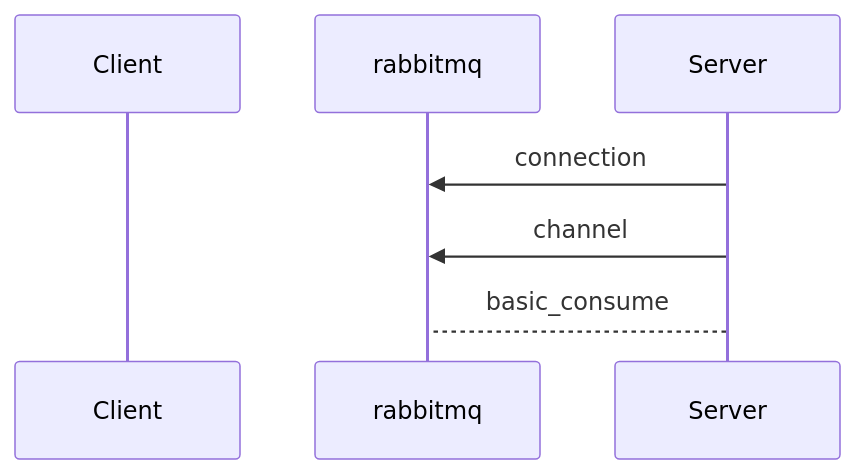
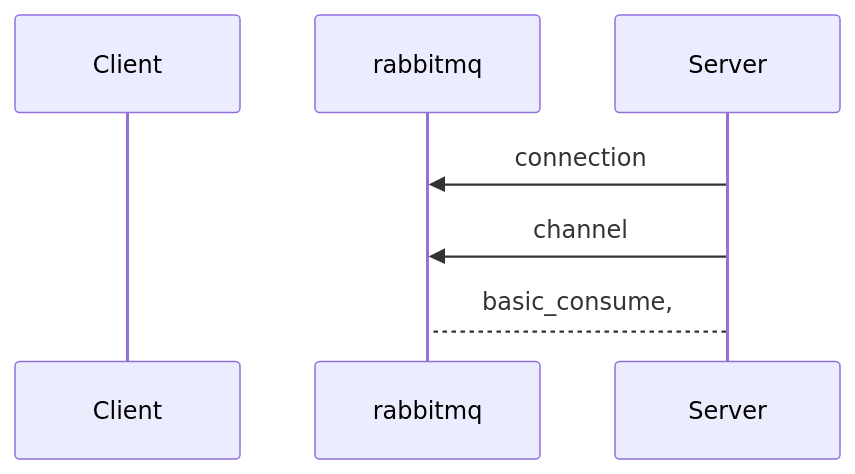
Before and after one commit to googlelxhgithub/iodraw-files: the diagram in all/未命名-7.md, drawn with Mermaid.

Commit message:
2024-08-31 07:21:03 update

````diff
--- a/all/未命名-7.md
+++ b/all/未命名-7.md
@@ -1,9 +1,9 @@
 ```mermaid
 sequenceDiagram
     participant c as Client
     participant mq as rabbitmq
     participant s as Server
     s ->> mq: connection
     s ->> mq: channel
-    s --> mq: basic_consume
+    s --> mq: basic_consume,
 ```
````
